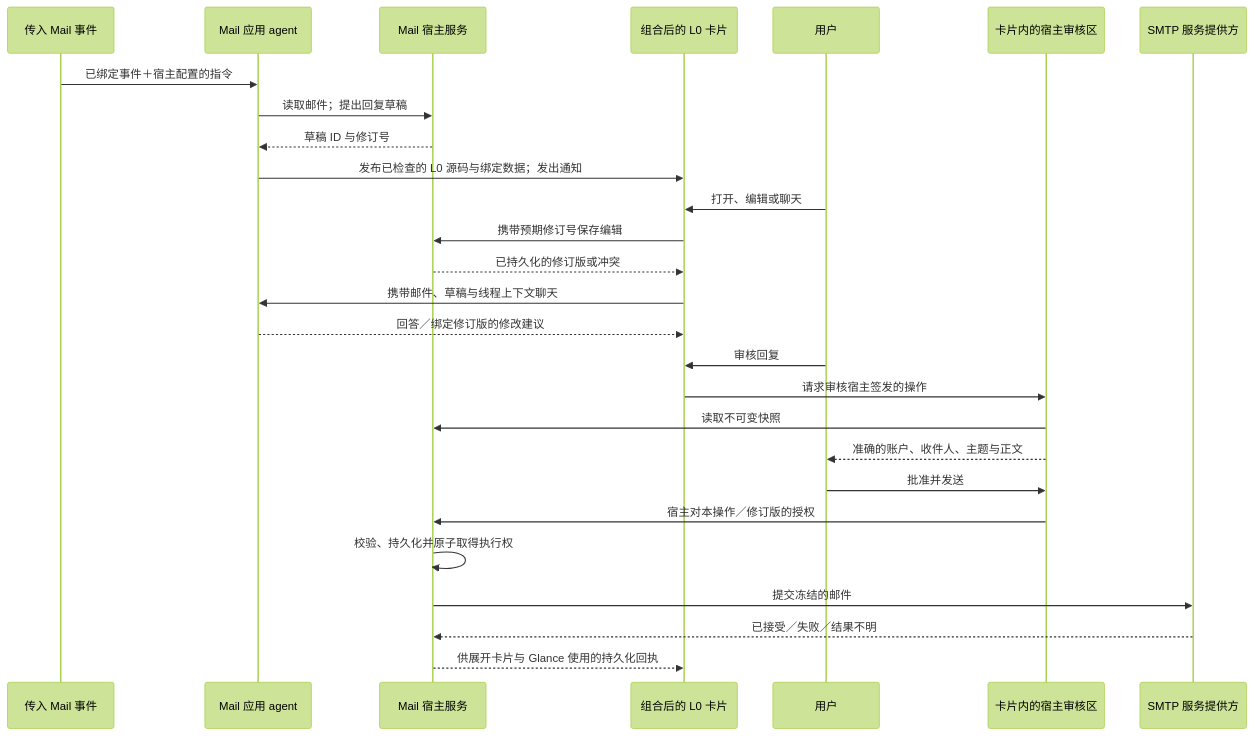
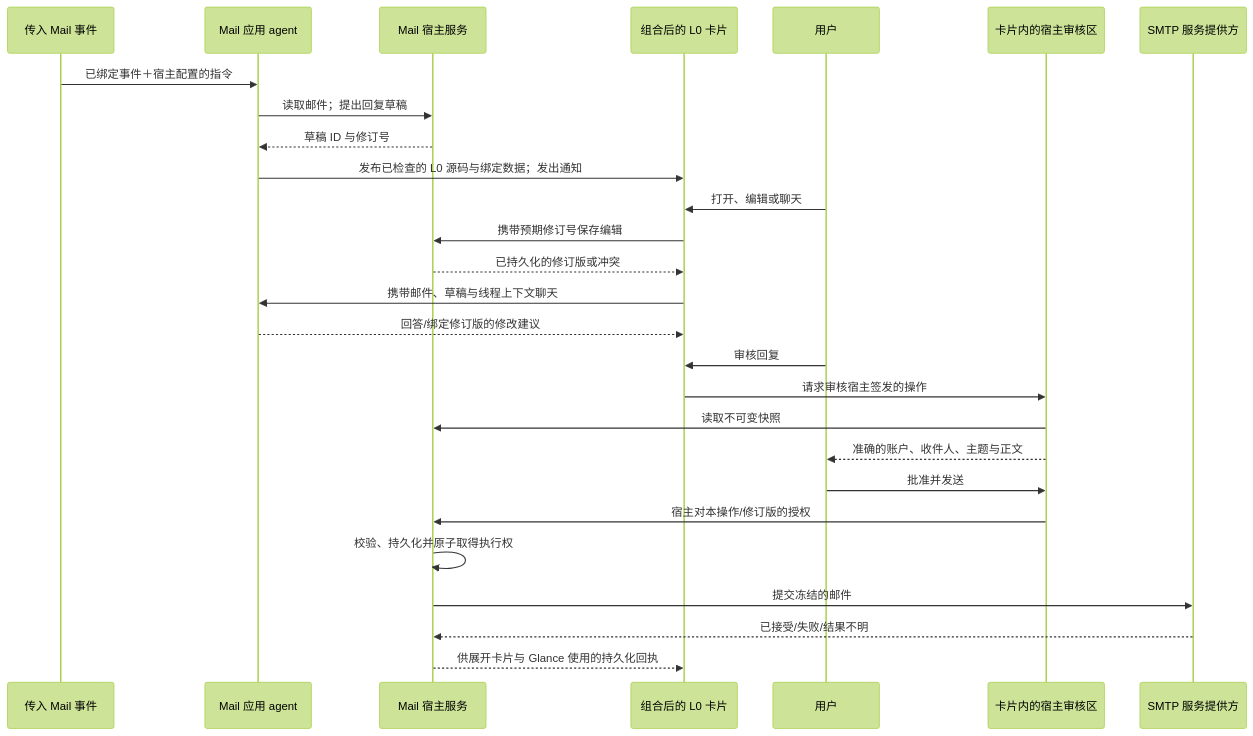
The diagram in docs/adr/0007-composable-mail-action-cards.zh-CN.md (OctoSense-org/OctoSense), drawn with Mermaid (forest theme) before and after one commit. The commit also changed other lines of this file and 5 other files, not shown here.

````diff
--- a/docs/adr/0007-composable-mail-action-cards.zh-CN.md
+++ b/docs/adr/0007-composable-mail-action-cards.zh-CN.md
@@ -130,29 +130,29 @@
 ```mermaid
 sequenceDiagram
     participant I as 传入 Mail 事件
     participant A as Mail 应用 agent
     participant H as Mail 宿主服务
     participant C as 组合后的 L0 卡片
     participant P as 用户
     participant R as 卡片内的宿主审核区
     participant S as SMTP 服务提供方
     I->>A: 已绑定事件＋宿主配置的指令
     A->>H: 读取邮件；提出回复草稿
     H-->>A: 草稿 ID 与修订号
     A->>C: 发布已检查的 L0 源码与绑定数据；发出通知
     P->>C: 打开、编辑或聊天
     C->>H: 携带预期修订号保存编辑
     H-->>C: 已持久化的修订版或冲突
     C->>A: 携带邮件、草稿与线程上下文聊天
-    A-->>C: 回答／绑定修订版的修改建议
+    A-->>C: 回答/绑定修订版的修改建议
     P->>C: 审核回复
     C->>R: 请求审核宿主签发的操作
     R->>H: 读取不可变快照
     R-->>P: 准确的账户、收件人、主题与正文
     P->>R: 批准并发送
-    R->>H: 宿主对本操作／修订版的授权
+    R->>H: 宿主对本操作/修订版的授权
     H->>H: 校验、持久化并原子取得执行权
     H->>S: 提交冻结的邮件
-    S-->>H: 已接受／失败／结果不明
+    S-->>H: 已接受/失败/结果不明
     H-->>C: 供展开卡片与 Glance 使用的持久化回执
 ```
````
